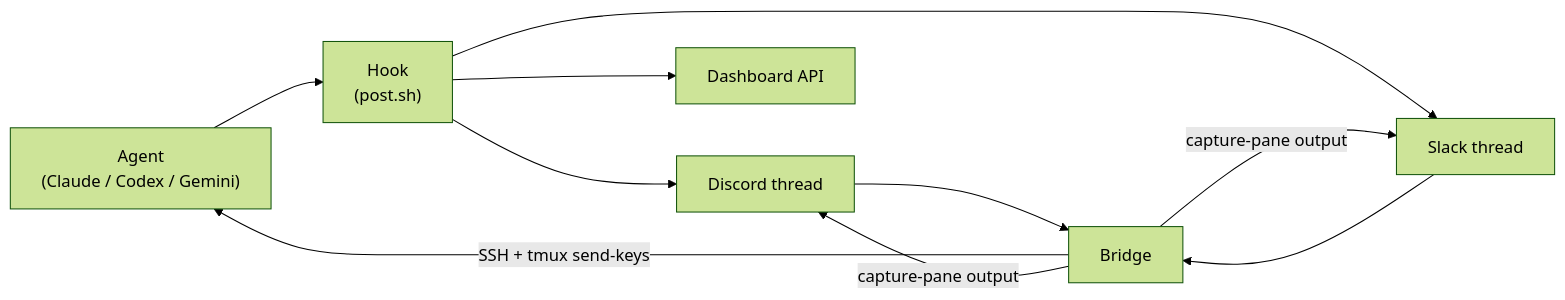
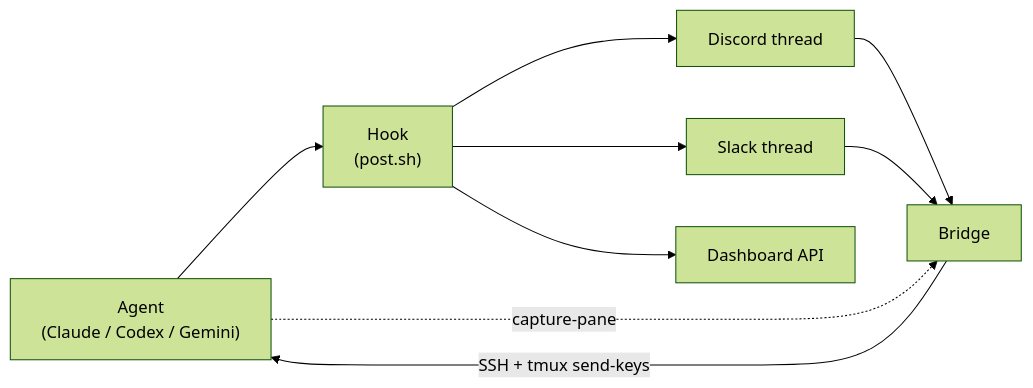
One commit to jiunbae/aily changed the diagram in README.md. Above: the diagram before and after it, drawn with Mermaid (forest theme). The commit also changed other lines of this file and 3 other files, not shown here.

````diff
--- a/README.md
+++ b/README.md
@@ -133,13 +135,12 @@
 ```mermaid
 flowchart LR
     A["Agent\n(Claude / Codex / Gemini)"] --> B["Hook\n(post.sh)"]
     B --> C["Discord thread"]
     B --> D["Slack thread"]
     B --> E["Dashboard API"]
 
     C --> F["Bridge"]
     D --> F
     F -->|"SSH + tmux send-keys"| A
-    F -->|"capture-pane output"| C
-    F -->|"capture-pane output"| D
+    A -.->|"capture-pane"| F
 ```
````
